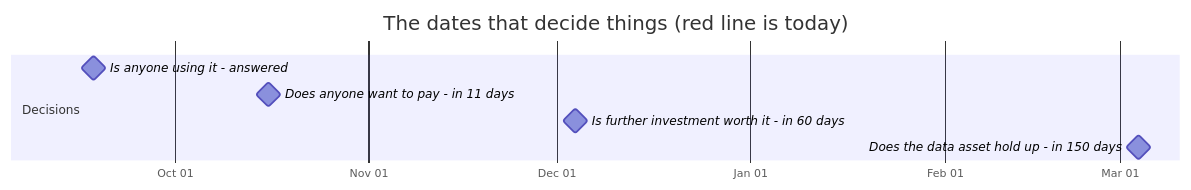
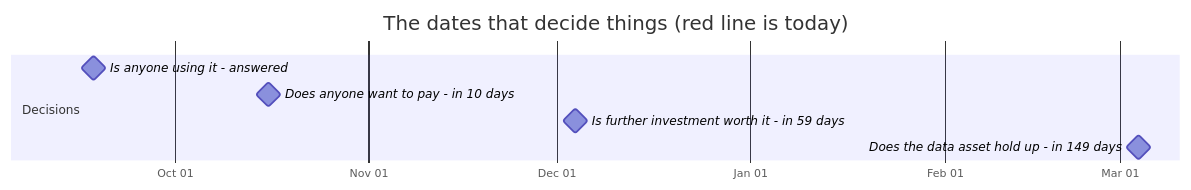
One commit to jakegu1/vetagent changed the first of 2 diagrams in docs/OWNER.md. Above: the diagram before and after it, drawn with Mermaid. The commit also changed other lines of this file and 1 other file, not shown here.

````diff
--- a/docs/OWNER.md
+++ b/docs/OWNER.md
@@ -76,12 +76,12 @@
 ```mermaid
 gantt
     dateFormat YYYY-MM-DD
     axisFormat %b %d
     todayMarker stroke-width:3px,stroke:#d33,stroke-dasharray:0
     title The dates that decide things (red line is today)
     section Decisions
     Is anyone using it - answered :milestone, 2026-09-18, 0d
-    Does anyone want to pay - in 11 days :milestone, 2026-10-16, 0d
-    Is further investment worth it - in 60 days :milestone, 2026-12-04, 0d
-    Does the data asset hold up - in 150 days :milestone, 2027-03-04, 0d
+    Does anyone want to pay - in 10 days :milestone, 2026-10-16, 0d
+    Is further investment worth it - in 59 days :milestone, 2026-12-04, 0d
+    Does the data asset hold up - in 149 days :milestone, 2027-03-04, 0d
 ```
````
